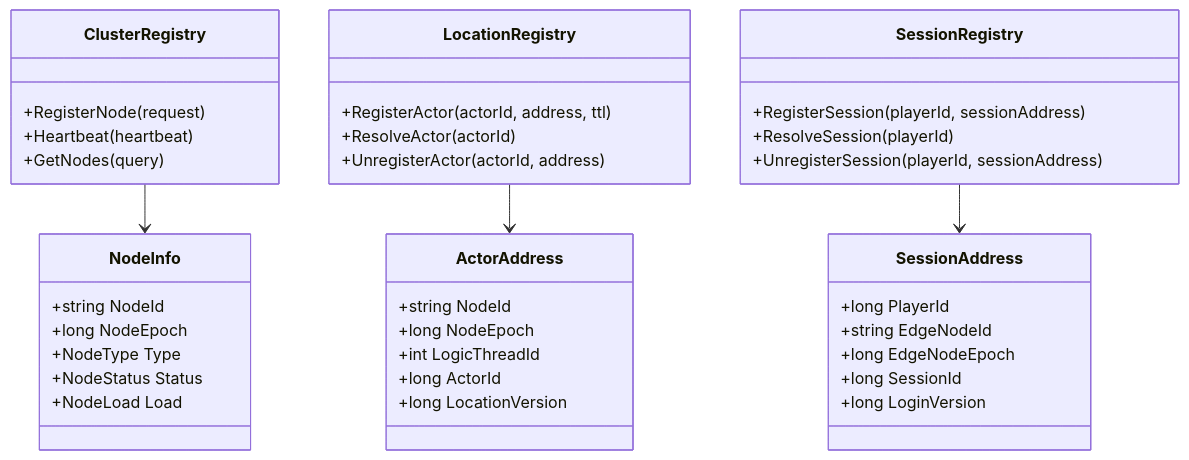
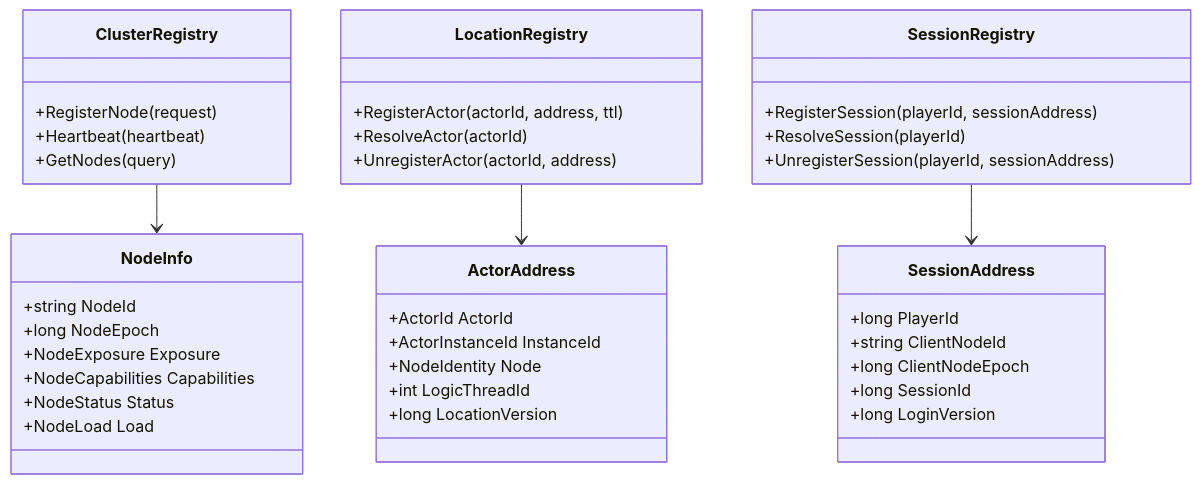
Before and after one commit to bruce48x/ULinkGame: the second of 6 diagrams in architecture-design.md, drawn with Mermaid. The commit also changed other lines of this file, not shown here.

Commit message:
Refine actor runtime architecture design

````diff
--- a/architecture-design.md
+++ b/architecture-design.md
@@ -896,48 +1010,49 @@
 ```mermaid
 classDiagram
     class ClusterRegistry {
         +RegisterNode(request)
         +Heartbeat(heartbeat)
         +GetNodes(query)
     }
 
     class LocationRegistry {
         +RegisterActor(actorId, address, ttl)
         +ResolveActor(actorId)
         +UnregisterActor(actorId, address)
     }
 
     class SessionRegistry {
         +RegisterSession(playerId, sessionAddress)
         +ResolveSession(playerId)
         +UnregisterSession(playerId, sessionAddress)
     }
 
     class NodeInfo {
         +string NodeId
         +long NodeEpoch
-        +NodeType Type
+        +NodeExposure Exposure
+        +NodeCapabilities Capabilities
         +NodeStatus Status
         +NodeLoad Load
     }
 
     class ActorAddress {
-        +string NodeId
-        +long NodeEpoch
+        +ActorId ActorId
+        +ActorInstanceId InstanceId
+        +NodeIdentity Node
         +int LogicThreadId
-        +long ActorId
         +long LocationVersion
     }
 
     class SessionAddress {
         +long PlayerId
-        +string EdgeNodeId
-        +long EdgeNodeEpoch
+        +string ClientNodeId
+        +long ClientNodeEpoch
         +long SessionId
         +long LoginVersion
     }
 
     ClusterRegistry --> NodeInfo
     LocationRegistry --> ActorAddress
     SessionRegistry --> SessionAddress
 ```
````
